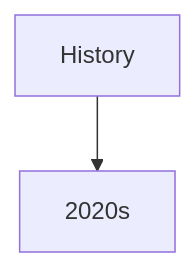
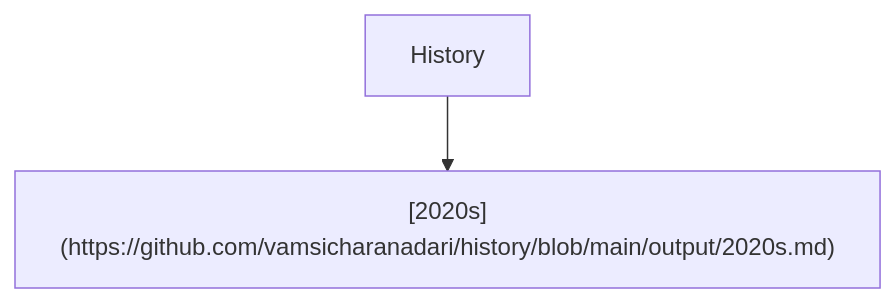
One commit to vamsicharanadari/history changed the diagram in master.md. Above: the diagram before and after it, drawn with Mermaid.

````diff
--- a/master.md
+++ b/master.md
@@ -1,5 +1,5 @@
 ```mermaid
 flowchart TD
-  A[History] --> B[2020s]
+  A[History] --> B["[2020s](https://github.com/vamsicharanadari/history/blob/main/output/2020s.md)"]
   click B "output/2020s.md" "Open 2020s file"
 ```
````
